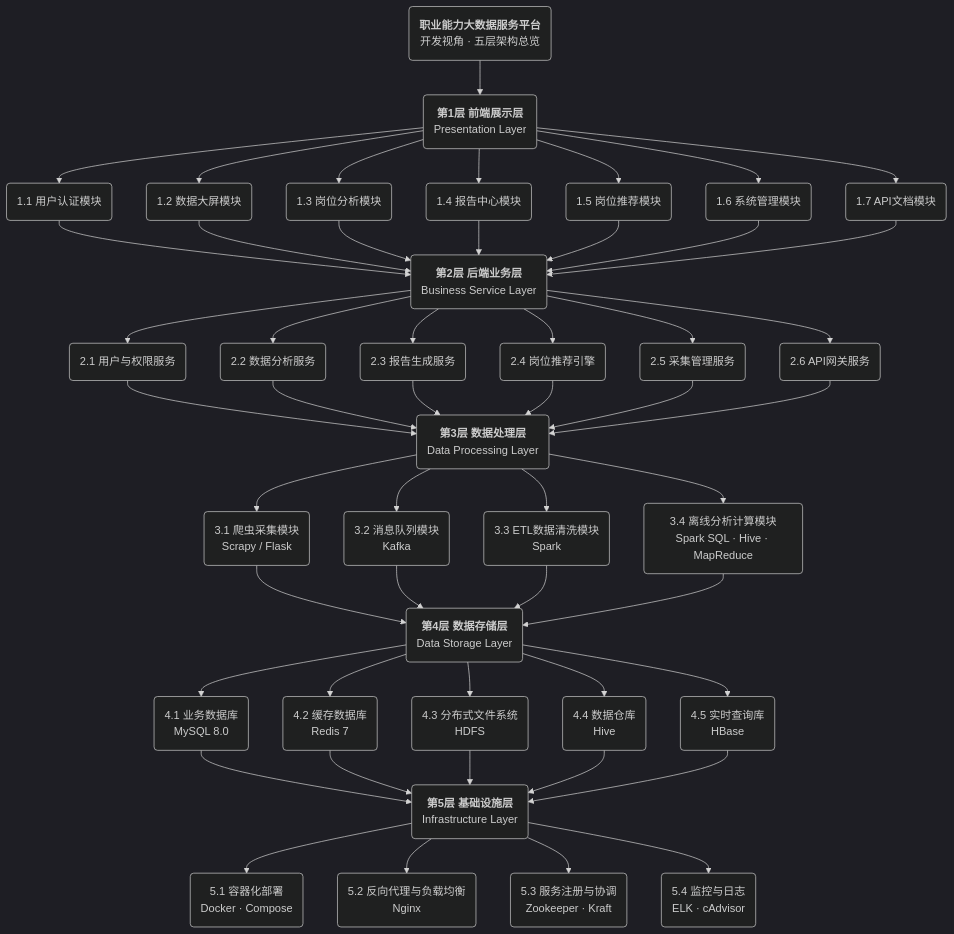
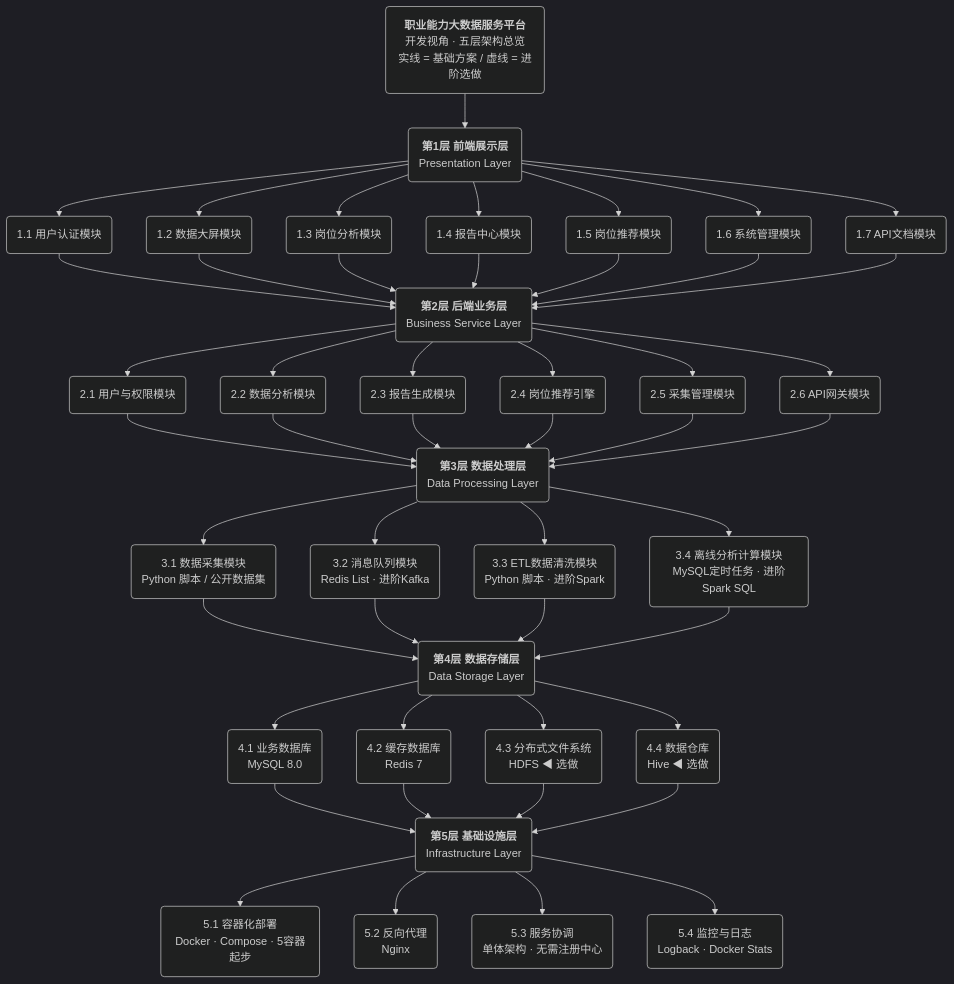
One commit to wzt521521/- changed the diagram in 3.架构设计/架构设计文档.md. Above: the diagram before and after it, drawn with Mermaid (dark theme). The commit also changed other lines of this file and 1 other file, not shown here.

````diff
--- a/3.架构设计/架构设计文档.md
+++ b/3.架构设计/架构设计文档.md
@@ -7,63 +9,60 @@
 ```mermaid
 flowchart TD
-    ROOT("<b>职业能力大数据服务平台</b><br/>开发视角 · 五层架构总览")
+    ROOT("<b>职业能力大数据服务平台</b><br/>开发视角 · 五层架构总览<br/>实线 = 基础方案 / 虚线 = 进阶选做")
 
     ROOT --> L1("<b>第1层 前端展示层</b><br/>Presentation Layer")
 
     L1 --> M11("1.1 用户认证模块")
     L1 --> M12("1.2 数据大屏模块")
     L1 --> M13("1.3 岗位分析模块")
     L1 --> M14("1.4 报告中心模块")
     L1 --> M15("1.5 岗位推荐模块")
     L1 --> M16("1.6 系统管理模块")
     L1 --> M17("1.7 API文档模块")
 
     M11 --> L2("<b>第2层 后端业务层</b><br/>Business Service Layer")
     M12 --> L2
     M13 --> L2
     M14 --> L2
     M15 --> L2
     M16 --> L2
     M17 --> L2
 
-    L2 --> M21("2.1 用户与权限服务")
-    L2 --> M22("2.2 数据分析服务")
-    L2 --> M23("2.3 报告生成服务")
+    L2 --> M21("2.1 用户与权限模块")
+    L2 --> M22("2.2 数据分析模块")
+    L2 --> M23("2.3 报告生成模块")
     L2 --> M24("2.4 岗位推荐引擎")
-    L2 --> M25("2.5 采集管理服务")
-    L2 --> M26("2.6 API网关服务")
+    L2 --> M25("2.5 采集管理模块")
+    L2 --> M26("2.6 API网关模块")
 
     M21 --> L3("<b>第3层 数据处理层</b><br/>Data Processing Layer")
     M22 --> L3
     M23 --> L3
     M24 --> L3
     M25 --> L3
     M26 --> L3
 
-    L3 --> M31("3.1 爬虫采集模块<br/>Scrapy / Flask")
-    L3 --> M32("3.2 消息队列模块<br/>Kafka")
-    L3 --> M33("3.3 ETL数据清洗模块<br/>Spark")
-    L3 --> M34("3.4 离线分析计算模块<br/>Spark SQL · Hive · MapReduce")
+    L3 --> M31("3.1 数据采集模块<br/>Python 脚本 / 公开数据集")
+    L3 --> M32("3.2 消息队列模块<br/>Redis List · 进阶Kafka")
+    L3 --> M33("3.3 ETL数据清洗模块<br/>Python 脚本 · 进阶Spark")
+    L3 --> M34("3.4 离线分析计算模块<br/>MySQL定时任务 · 进阶Spark SQL")
 
     M31 --> L4("<b>第4层 数据存储层</b><br/>Data Storage Layer")
     M32 --> L4
     M33 --> L4
     M34 --> L4
 
     L4 --> M41("4.1 业务数据库<br/>MySQL 8.0")
     L4 --> M42("4.2 缓存数据库<br/>Redis 7")
-    L4 --> M43("4.3 分布式文件系统<br/>HDFS")
-    L4 --> M44("4.4 数据仓库<br/>Hive")
-    L4 --> M45("4.5 实时查询库<br/>HBase")
-
+    L4 --> M43("4.3 分布式文件系统<br/>HDFS ◀ 选做")
+    L4 --> M44("4.4 数据仓库<br/>Hive ◀ 选做")
     M41 --> L5("<b>第5层 基础设施层</b><br/>Infrastructure Layer")
     M42 --> L5
     M43 --> L5
     M44 --> L5
-    M45 --> L5
 
-    L5 --> M51("5.1 容器化部署<br/>Docker · Compose")
-    L5 --> M52("5.2 反向代理与负载均衡<br/>Nginx")
-    L5 --> M53("5.3 服务注册与协调<br/>Zookeeper · Kraft")
-    L5 --> M54("5.4 监控与日志<br/>ELK · cAdvisor")
+    L5 --> M51("5.1 容器化部署<br/>Docker · Compose · 5容器起步")
+    L5 --> M52("5.2 反向代理<br/>Nginx")
+    L5 --> M53("5.3 服务协调<br/>单体架构 · 无需注册中心")
+    L5 --> M54("5.4 监控与日志<br/>Logback · Docker Stats")
 ```
````
